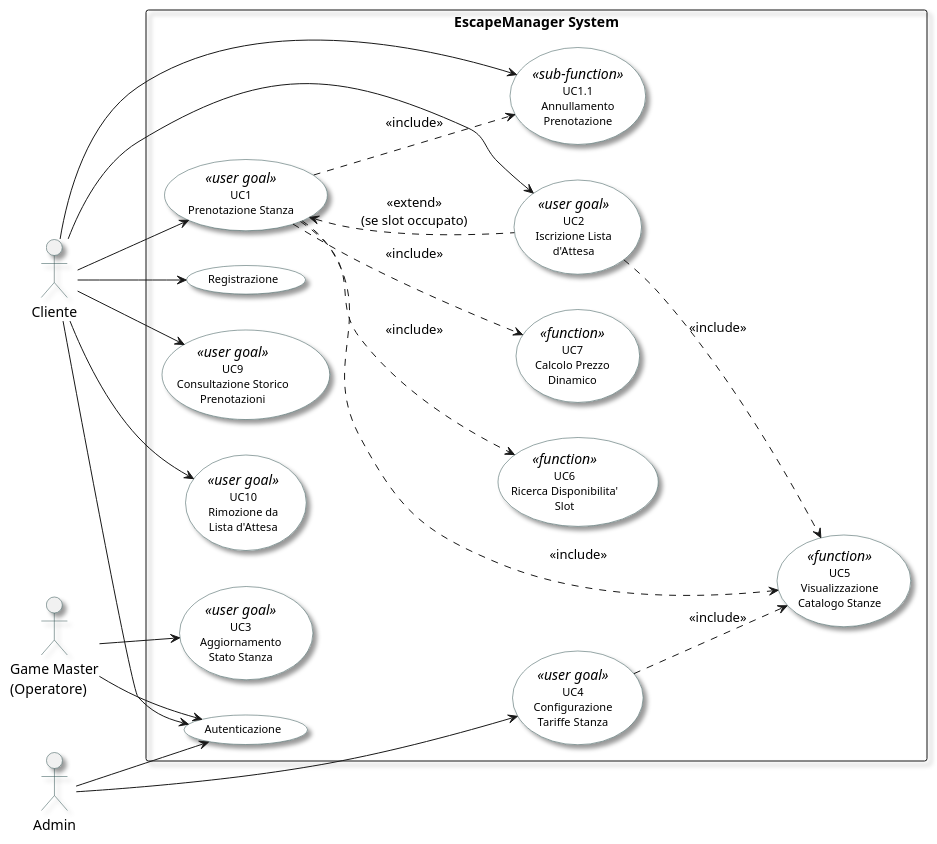
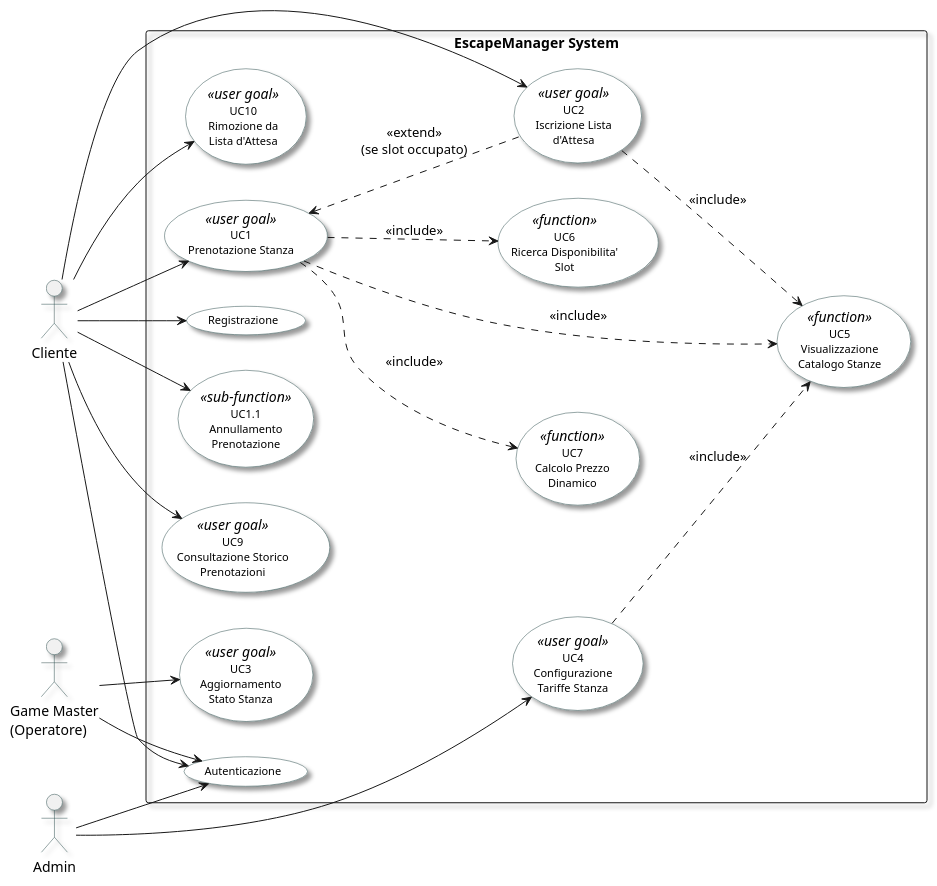
Before and after one commit to Adrycasta04/EscapeManager: the diagram in docs/UML/fig_2_1_usecase_diagram.puml, drawn with PlantUML. The commit also changed 18 other files, not shown here.

Commit message:
feat: Add initial database schema, reset script, and comprehensive project documentation including UML diagrams and a testing chapter.

```diff
--- a/docs/UML/fig_2_1_usecase_diagram.puml
+++ b/docs/UML/fig_2_1_usecase_diagram.puml
@@ -1,74 +1,74 @@
 @startuml fig_2_1_usecase_diagram
 left to right direction
 skinparam packageStyle rectangle
 skinparam shadowing true
 skinparam usecase {
     BackgroundColor White
     BorderColor DarkSlateGray
     FontSize 11
     Shadowing true
 }
 skinparam actor {
     BorderColor DarkSlateGray
 }
 
 actor "Cliente" as C
 actor "Game Master\n(Operatore)" as GM
 actor "Admin" as A
 
 rectangle "EscapeManager System" {
 
     ' --- Use case condivisi (Autenticazione) ---
     usecase "Registrazione" as UC_REG
     usecase "Autenticazione" as UC_AUTH
 
     ' --- Casi d'uso Cliente ---
     usecase "UC1\nPrenotazione Stanza" <<user goal>> as UC_C1
     usecase "UC1.1\nAnnullamento\nPrenotazione" <<sub-function>> as UC_C1_1
     usecase "UC2\nIscrizione Lista\nd'Attesa" <<user goal>> as UC_C2
     usecase "UC9\nConsultazione Storico\nPrenotazioni" <<user goal>> as UC_C9
     usecase "UC10\nRimozione da\nLista d'Attesa" <<user goal>> as UC_C10
 
     ' --- Casi d'uso Game Master ---
     usecase "UC3\nAggiornamento\nStato Stanza" <<user goal>> as UC_GM3
 
     ' --- Casi d'uso Admin ---
     usecase "UC4\nConfigurazione\nTariffe Stanza" <<user goal>> as UC_A2
 
     ' --- Casi d'uso di livello Function (riutilizzabili) ---
     usecase "UC5\nVisualizzazione\nCatalogo Stanze" <<function>> as UC_F5
     usecase "UC6\nRicerca Disponibilita'\nSlot" <<function>> as UC_F6
     usecase "UC7\nCalcolo Prezzo\nDinamico" <<function>> as UC_F7
 }
 
 ' --- Relazioni Attori -> Casi d'uso ---
 C --> UC_C1
 C --> UC_C1_1
 C --> UC_C2
 C --> UC_C9
 C --> UC_C10
 
 GM --> UC_GM3
 
 A --> UC_A2
 
 ' --- Login/Register per tutti ---
 C --> UC_AUTH
 C --> UC_REG
 GM --> UC_AUTH
 A --> UC_AUTH
 
 ' --- Relazioni <<extend>> (Flussi alternativi/opzionali) ---
 UC_C2 .up.> UC_C1 : <<extend>>\n(se slot occupato)
 
 ' --- Relazioni <<include>> (Funzioni riutilizzabili obbligatorie) ---
 UC_C1 ..> UC_F5 : <<include>>
 UC_C1 ..> UC_F6 : <<include>>
 UC_C1 ..> UC_F7 : <<include>>
-UC_C1 ..> UC_C1_1 : <<include>>
+
 
 UC_C2 ..> UC_F5 : <<include>>
 
 UC_A2 ..> UC_F5 : <<include>>
 
 @enduml
```
